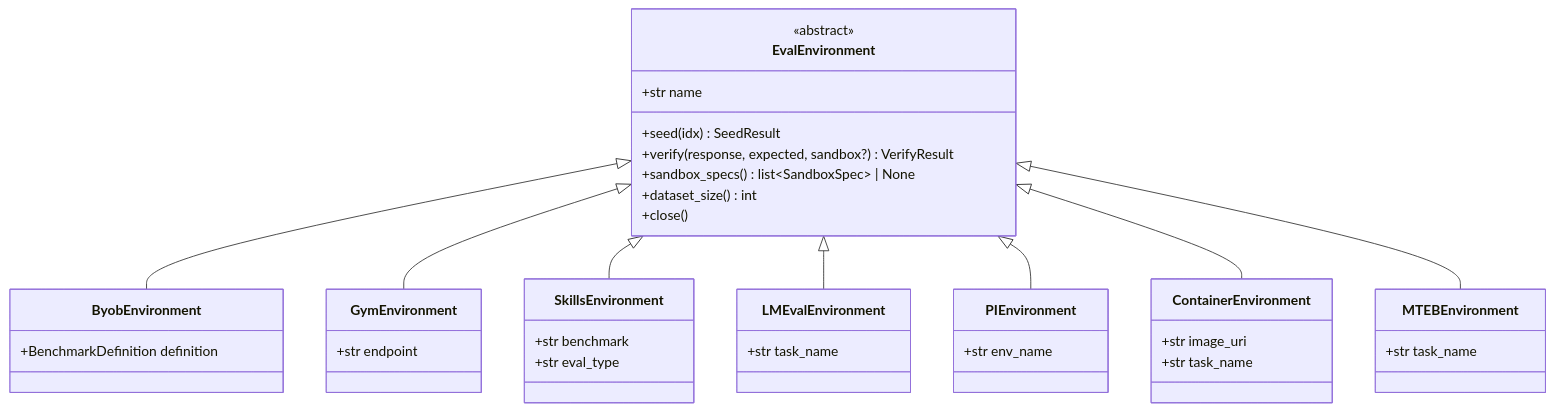
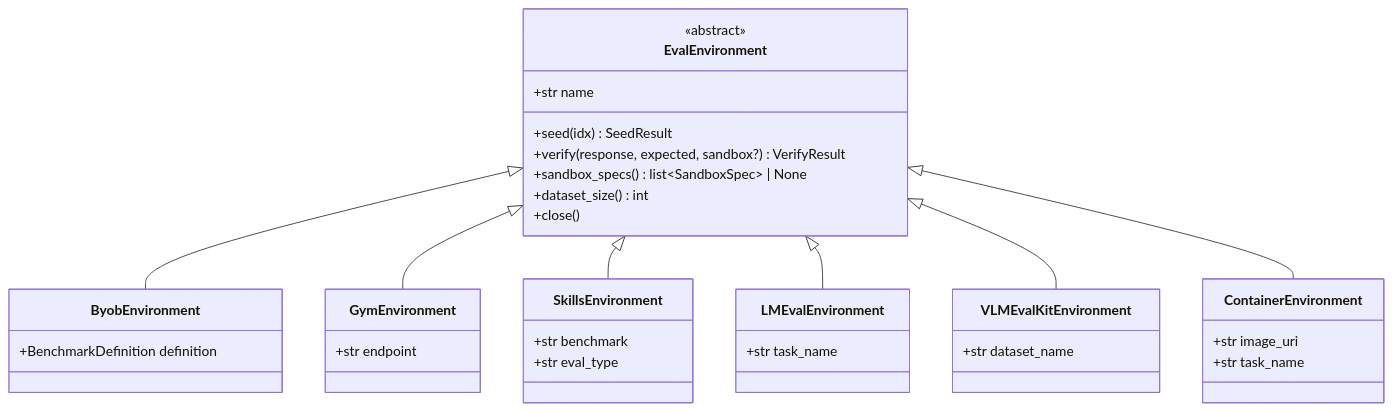
One commit to NVIDIA-NeMo/Evaluator changed the second of 6 diagrams in docs/architecture/index.md. Above: the diagram before and after it, drawn with Mermaid. The commit also changed other lines of this file and 91 other files, not shown here.

````diff
--- a/docs/architecture/index.md
+++ b/docs/architecture/index.md
@@ -107,50 +107,45 @@
 ```{mermaid}
 classDiagram
     class EvalEnvironment {
         <<abstract>>
         +str name
         +seed(idx) SeedResult
         +verify(response, expected, sandbox?) VerifyResult
         +sandbox_specs() list~SandboxSpec~ | None
         +dataset_size() int
         +close()
     }
 
     class ByobEnvironment {
         +BenchmarkDefinition definition
     }
 
     class GymEnvironment {
         +str endpoint
     }
 
     class SkillsEnvironment {
         +str benchmark
         +str eval_type
     }
 
     class LMEvalEnvironment {
         +str task_name
     }
 
-    class PIEnvironment {
-        +str env_name
+    class VLMEvalKitEnvironment {
+        +str dataset_name
     }
 
     class ContainerEnvironment {
         +str image_uri
         +str task_name
     }
 
-    class MTEBEnvironment {
-        +str task_name
-    }
-
     EvalEnvironment <|-- ByobEnvironment
     EvalEnvironment <|-- GymEnvironment
     EvalEnvironment <|-- SkillsEnvironment
     EvalEnvironment <|-- LMEvalEnvironment
-    EvalEnvironment <|-- PIEnvironment
+    EvalEnvironment <|-- VLMEvalKitEnvironment
     EvalEnvironment <|-- ContainerEnvironment
-    EvalEnvironment <|-- MTEBEnvironment
 ```
````
